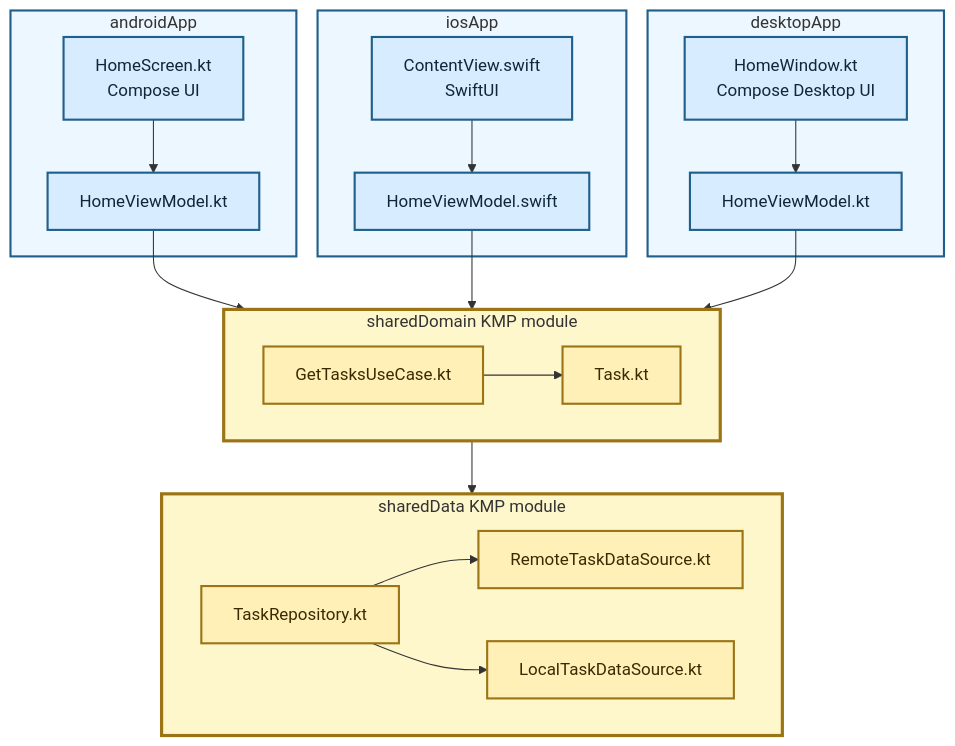
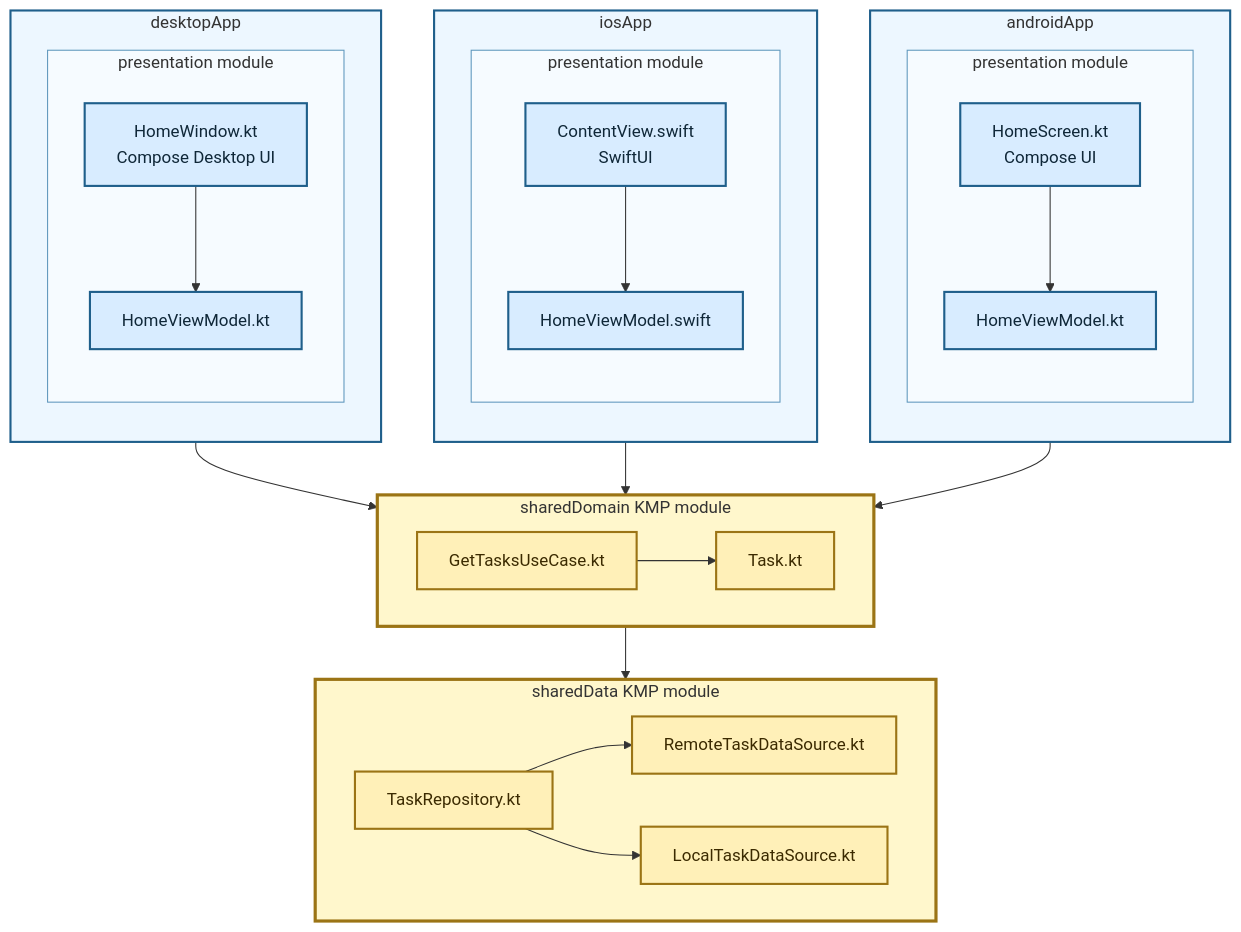
The diagram in diagrams/18-three-layer-kmp-domain-data.md (TheSetox/kmp-sample-diagrams), drawn with Mermaid before and after one commit. The commit also changed 3 other files, not shown here.

Commit message:
docs: indicate platform modules in three-layer diagrams

````diff
--- a/diagrams/18-three-layer-kmp-domain-data.md
+++ b/diagrams/18-three-layer-kmp-domain-data.md
@@ -5,51 +5,66 @@
 ```mermaid
 flowchart TB
   subgraph Android["androidApp"]
-    AUI["HomeScreen.kt\nCompose UI"]
-    AVM["HomeViewModel.kt"]
-    AUI --> AVM
+    direction TB
+    subgraph APresentation["presentation module"]
+      direction TB
+      AUI["HomeScreen.kt\nCompose UI"]
+      AVM["HomeViewModel.kt"]
+      AUI --> AVM
+    end
   end
 
   subgraph IOS["iosApp"]
-    IUI["ContentView.swift\nSwiftUI"]
-    IVM["HomeViewModel.swift"]
-    IUI --> IVM
+    direction TB
+    subgraph IPresentation["presentation module"]
+      direction TB
+      IUI["ContentView.swift\nSwiftUI"]
+      IVM["HomeViewModel.swift"]
+      IUI --> IVM
+    end
   end
 
   subgraph Desktop["desktopApp"]
-    DUI["HomeWindow.kt\nCompose Desktop UI"]
-    DVM["HomeViewModel.kt"]
-    DUI --> DVM
+    direction TB
+    subgraph DPresentation["presentation module"]
+      direction TB
+      DUI["HomeWindow.kt\nCompose Desktop UI"]
+      DVM["HomeViewModel.kt"]
+      DUI --> DVM
+    end
   end
 
   subgraph Domain["sharedDomain KMP module"]
     direction LR
     UseCase["GetTasksUseCase.kt"]
     Entity["Task.kt"]
     UseCase --> Entity
   end
 
   subgraph Data["sharedData KMP module"]
     direction LR
     Repository["TaskRepository.kt"]
     Remote["RemoteTaskDataSource.kt"]
     Cache["LocalTaskDataSource.kt"]
     Repository --> Remote
     Repository --> Cache
   end
 
   AVM --> UseCase
   IVM --> UseCase
   DVM --> UseCase
   UseCase --> Repository
 
   classDef app fill:#d8ecff,stroke:#1f5f8b,color:#0f2738,stroke-width:2px;
   classDef kmp fill:#fff0b8,stroke:#9b7415,color:#3b2a00,stroke-width:2px;
   class AUI,AVM,IUI,IVM,DUI,DVM app;
   class UseCase,Entity,Repository,Remote,Cache kmp;
   style Android fill:#edf7ff,stroke:#1f5f8b,stroke-width:2px
   style IOS fill:#edf7ff,stroke:#1f5f8b,stroke-width:2px
   style Desktop fill:#edf7ff,stroke:#1f5f8b,stroke-width:2px
+  style APresentation fill:#f6fbff,stroke:#5f97bd,stroke-width:1px
+  style IPresentation fill:#f6fbff,stroke:#5f97bd,stroke-width:1px
+  style DPresentation fill:#f6fbff,stroke:#5f97bd,stroke-width:1px
   style Domain fill:#fff7cc,stroke:#9b7415,stroke-width:3px
   style Data fill:#fff7cc,stroke:#9b7415,stroke-width:3px
 ```
````
